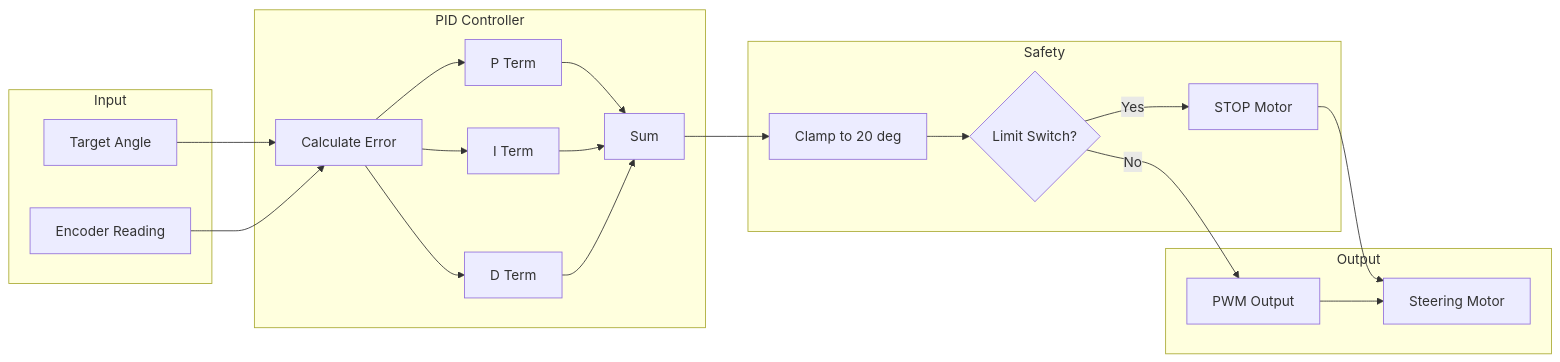
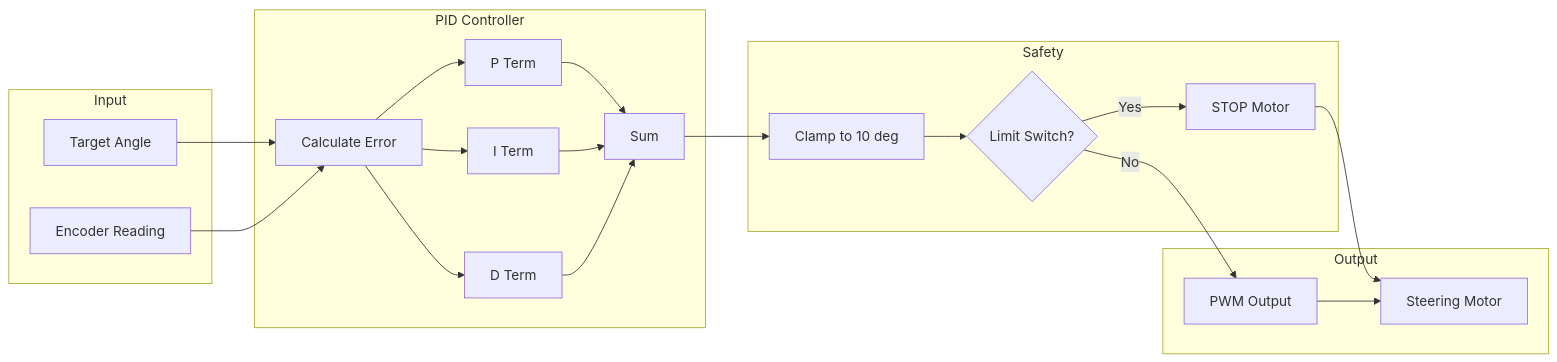
Diagram 11 of 13 in SYSTEM_DOCUMENTATION.md (KashmeeraTT/Ackerman_UGV), drawn with Mermaid before and after one commit. The commit also changed other lines of this file and 32 other files, not shown here.

````diff
--- a/SYSTEM_DOCUMENTATION.md
+++ b/SYSTEM_DOCUMENTATION.md
@@ -499,41 +499,41 @@
 ```mermaid
 flowchart LR
     subgraph Input[Input]
         TARGET[Target Angle]
         ENCODER[Encoder Reading]
     end
     
     subgraph PID[PID Controller]
         ERROR[Calculate Error]
         P[P Term]
         I[I Term]
         D[D Term]
         SUM[Sum]
     end
     
     subgraph Safety[Safety]
-        CLAMP[Clamp to 20 deg]
+        CLAMP[Clamp to 10 deg]
         LIMIT{Limit Switch?}
         STOP[STOP Motor]
     end
     
     subgraph Output[Output]
         PWM[PWM Output]
         MOTOR[Steering Motor]
     end
     
     TARGET --> ERROR
     ENCODER --> ERROR
     ERROR --> P
     ERROR --> I
     ERROR --> D
     P --> SUM
     I --> SUM
     D --> SUM
     SUM --> CLAMP
     CLAMP --> LIMIT
     LIMIT -->|Yes| STOP
     LIMIT -->|No| PWM
     STOP --> MOTOR
     PWM --> MOTOR
 ```
````
